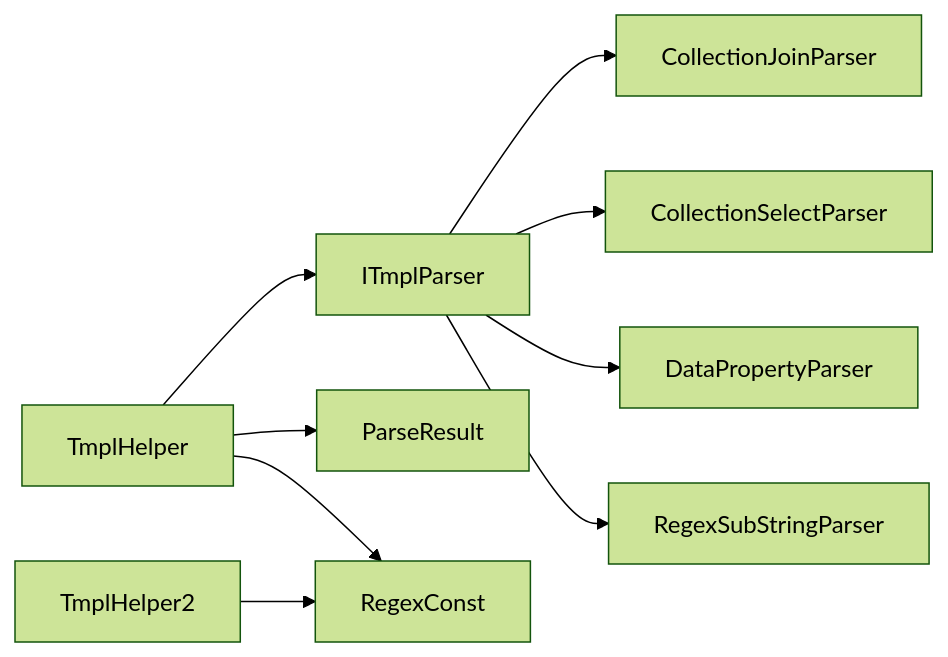
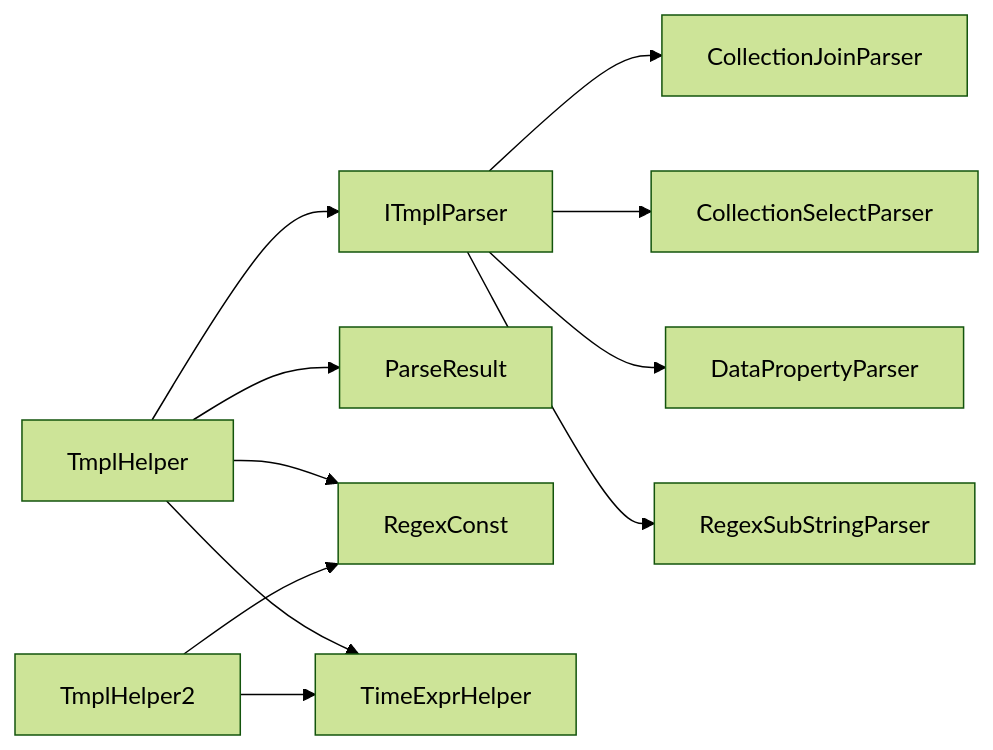
Before and after one commit to Sosososolong/AirGo: the eighth of 8 diagrams in .qoder/repowiki/zh/content/模板引擎系统/模板引擎系统.md, drawn with Mermaid (forest theme). The commit also changed other lines of this file and 15 other files, not shown here.

````diff
--- a/.qoder/repowiki/zh/content/模板引擎系统/模板引擎系统.md
+++ b/.qoder/repowiki/zh/content/模板引擎系统/模板引擎系统.md
@@ -312,11 +373,13 @@
 ```mermaid
 graph LR
 TH["TmplHelper"] --> IF["ITmplParser"]
 TH --> PR["ParseResult"]
 TH --> RC["RegexConst"]
+TH --> TEH["TimeExprHelper"]
 TH2["TmplHelper2"] --> RC
+TH2 --> TEH
 IF --> CJ["CollectionJoinParser"]
 IF --> CS["CollectionSelectParser"]
 IF --> DP["DataPropertyParser"]
 IF --> RS["RegexSubStringParser"]
 ```
````
